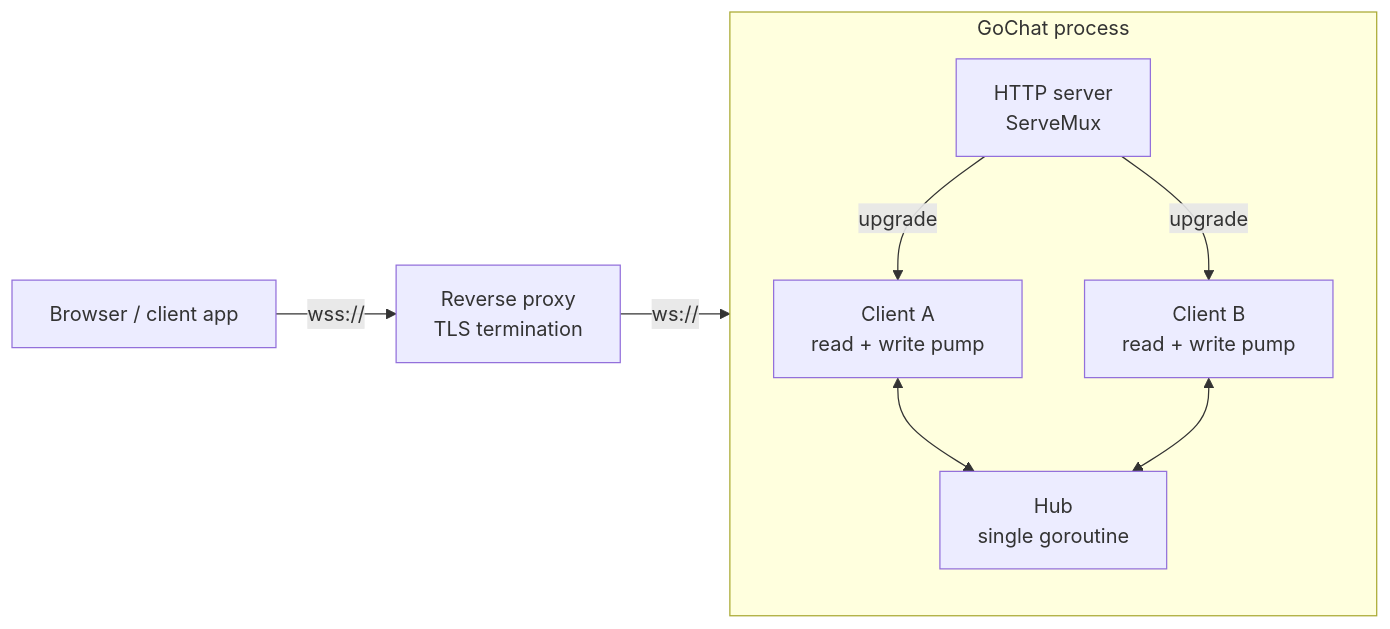
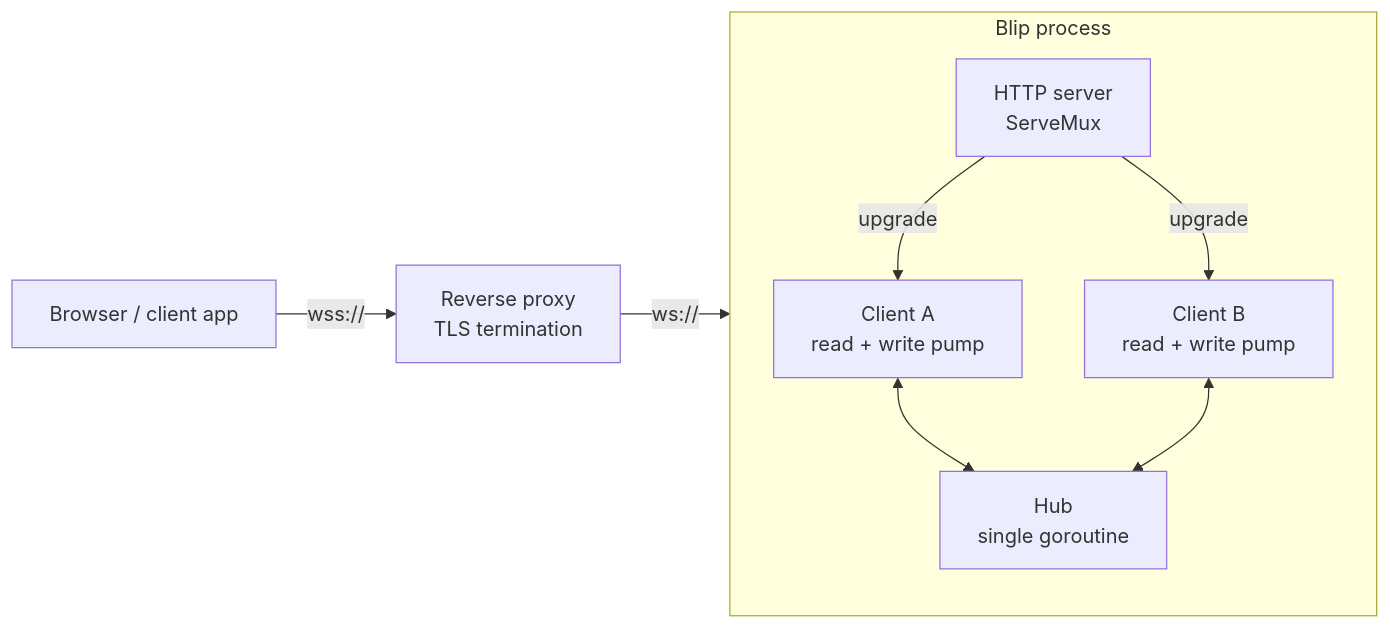
One commit to Tyrowin/gochat changed the first of 2 diagrams in docs/architecture/overview.md. Above: the diagram before and after it, drawn with Mermaid. The commit also changed other lines of this file and 45 other files, not shown here.

First line of the commit message:
refactor!: Rename project from GoChat to Blip

````diff
--- a/docs/architecture/overview.md
+++ b/docs/architecture/overview.md
@@ -9,16 +9,16 @@
 ```mermaid
 flowchart LR
     B[Browser / client app] -- wss:// --> P[Reverse proxy<br/>TLS termination]
     P -- ws:// --> S
 
-    subgraph S[GoChat process]
+    subgraph S[Blip process]
         H[HTTP server<br/>ServeMux]
         HUB[Hub<br/>single goroutine]
         C1[Client A<br/>read + write pump]
         C2[Client B<br/>read + write pump]
         H -->|upgrade| C1
         H -->|upgrade| C2
         C1 <--> HUB
         C2 <--> HUB
     end
 ```
````
